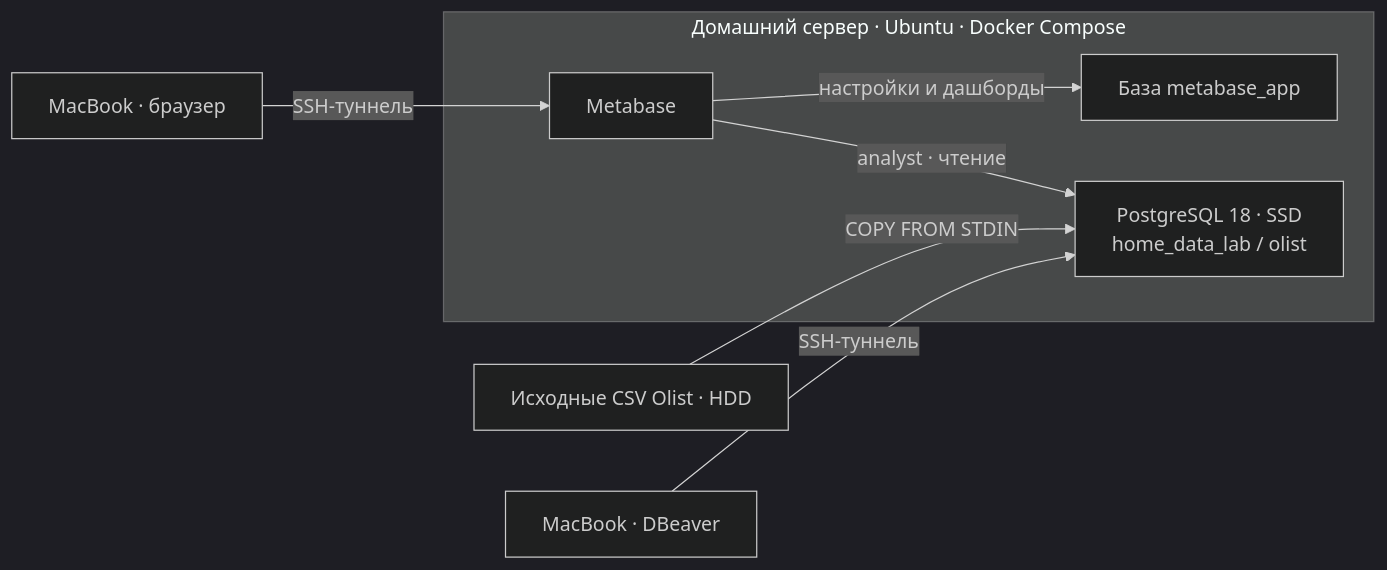
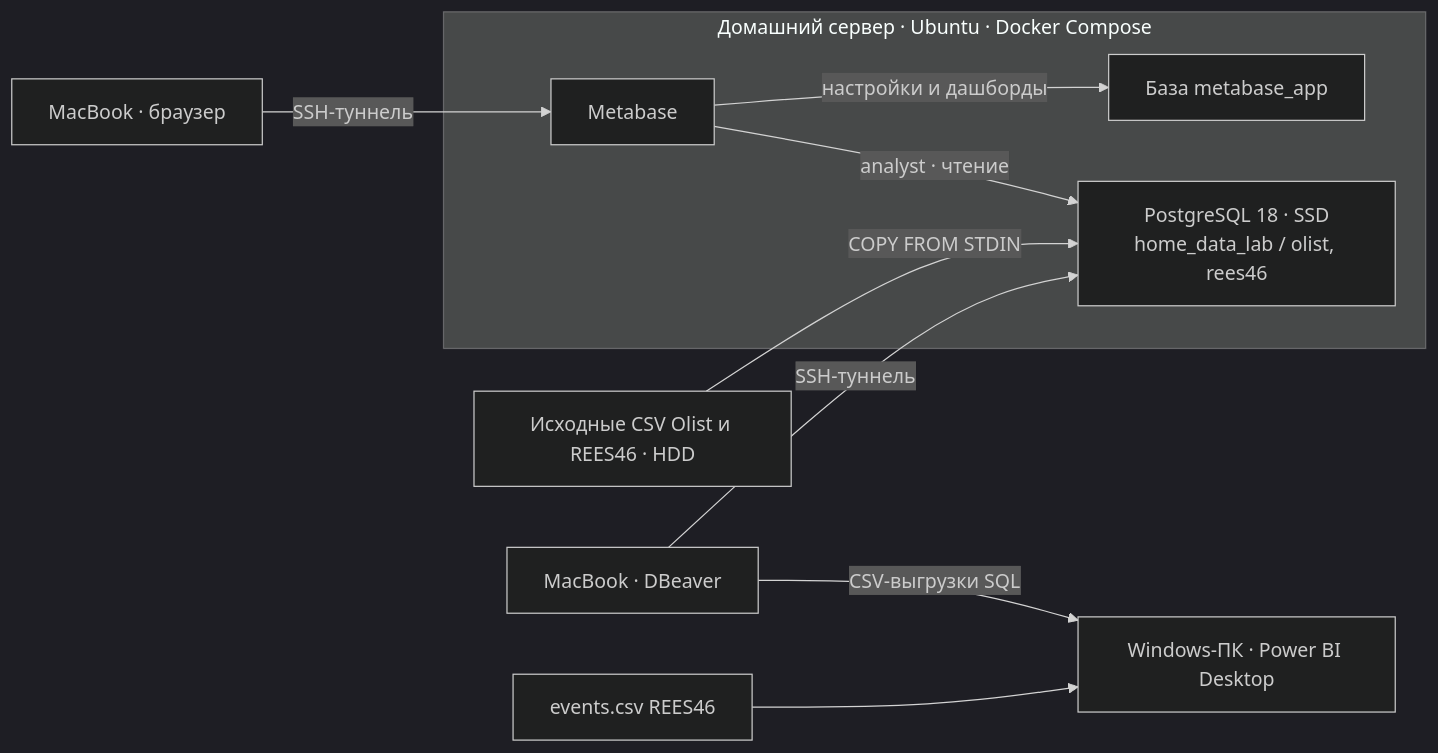
One commit to rhmmkv/home-data-lab changed the diagram in docs/architecture.md. Above: the diagram before and after it, drawn with Mermaid (dark theme). The commit also changed other lines of this file and 15 other files, not shown here.

First line of the commit message:
Add v0.3: REES46 product analytics — session funnel, cohorts, RFM, Power BI

````diff
--- a/docs/architecture.md
+++ b/docs/architecture.md
@@ -5,13 +5,15 @@
 ```mermaid
 flowchart LR
-    CSV["Исходные CSV Olist · HDD"] -->|"COPY FROM STDIN"| PG
+    CSV["Исходные CSV Olist и REES46 · HDD"] -->|"COPY FROM STDIN"| PG
     subgraph Server["Домашний сервер · Ubuntu · Docker Compose"]
-        PG["PostgreSQL 18 · SSD\nhome_data_lab / olist"]
+        PG["PostgreSQL 18 · SSD\nhome_data_lab / olist, rees46"]
         APP["База metabase_app"]
         BI["Metabase"]
         BI -->|"analyst · чтение"| PG
         BI -->|"настройки и дашборды"| APP
     end
     DB["MacBook · DBeaver"] -->|"SSH-туннель"| PG
     WEB["MacBook · браузер"] -->|"SSH-туннель"| BI
+    DB -->|"CSV-выгрузки SQL"| PBI["Windows-ПК · Power BI Desktop"]
+    RAW["events.csv REES46"] --> PBI
 ```
````
